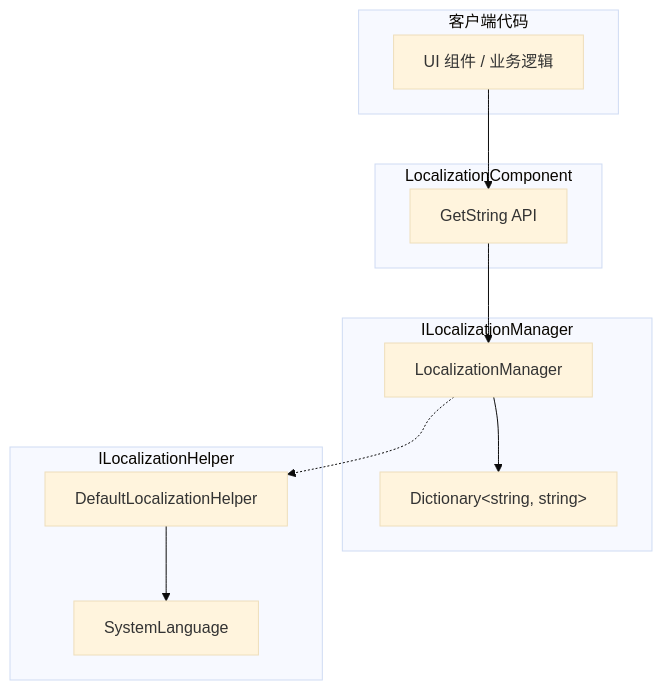
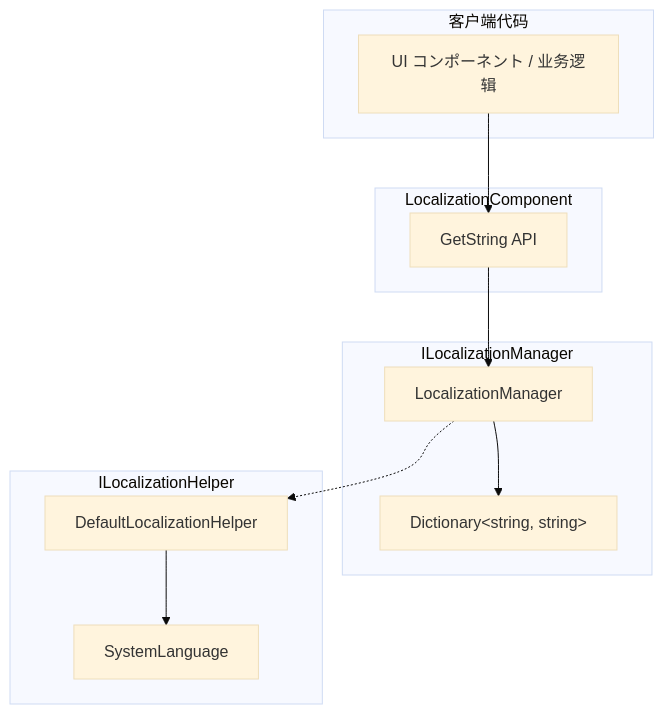
Before and after one commit to AlianBlank/GameFrameX.Docs: the first of 3 diagrams in docs/ja/client/unity/component/localization/04.get-string.md, drawn with Mermaid (base theme). The commit also changed other lines of this file and 603 other files, not shown here.

````diff
--- a/docs/ja/client/unity/component/localization/04.get-string.md
+++ b/docs/ja/client/unity/component/localization/04.get-string.md
@@ -17,26 +17,26 @@
 ```mermaid
 flowchart TD
     subgraph Client["客户端代码"]
-        UI[UI 组件 / 业务逻辑]
+        UI[UI コンポーネント / 业务逻辑]
     end
 
     subgraph LocalizationComponent["LocalizationComponent"]
         API[GetString API]
     end
 
     subgraph ILocalizationManager["ILocalizationManager"]
         LM[LocalizationManager]
         Dict[Dictionary&lt;string, string&gt;]
     end
 
     subgraph Helper["ILocalizationHelper"]
         DLH[DefaultLocalizationHelper]
         SL[SystemLanguage]
     end
 
     UI --> API
     API --> LM
     LM --> Dict
     LM -.-> DLH
     DLH --> SL
 ```
````
